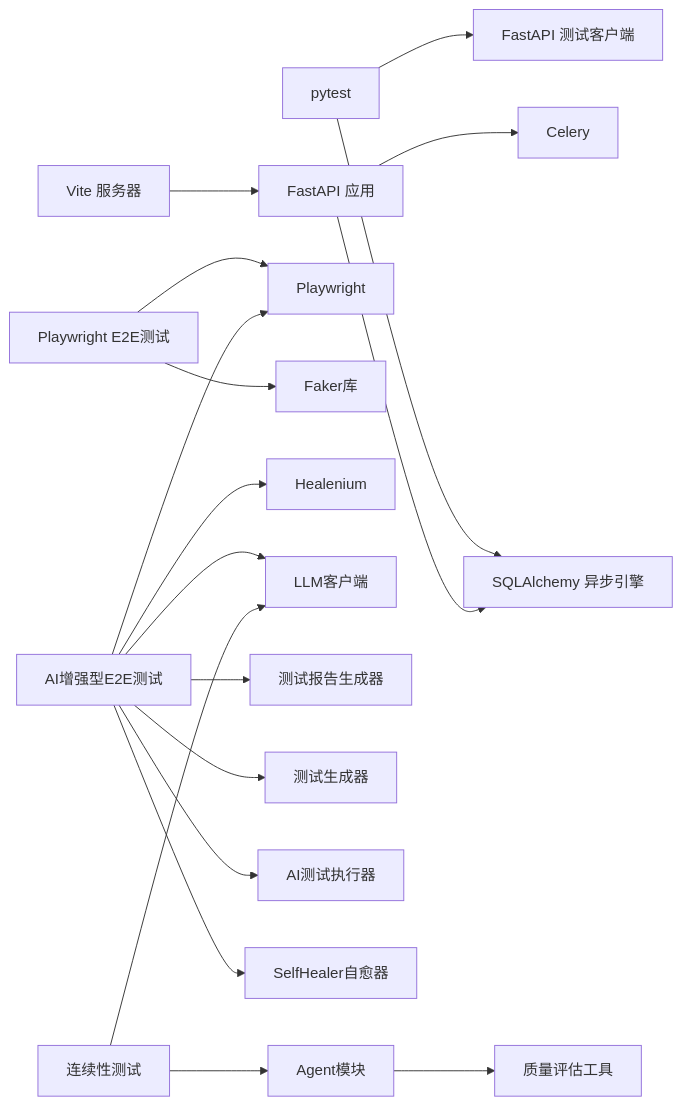
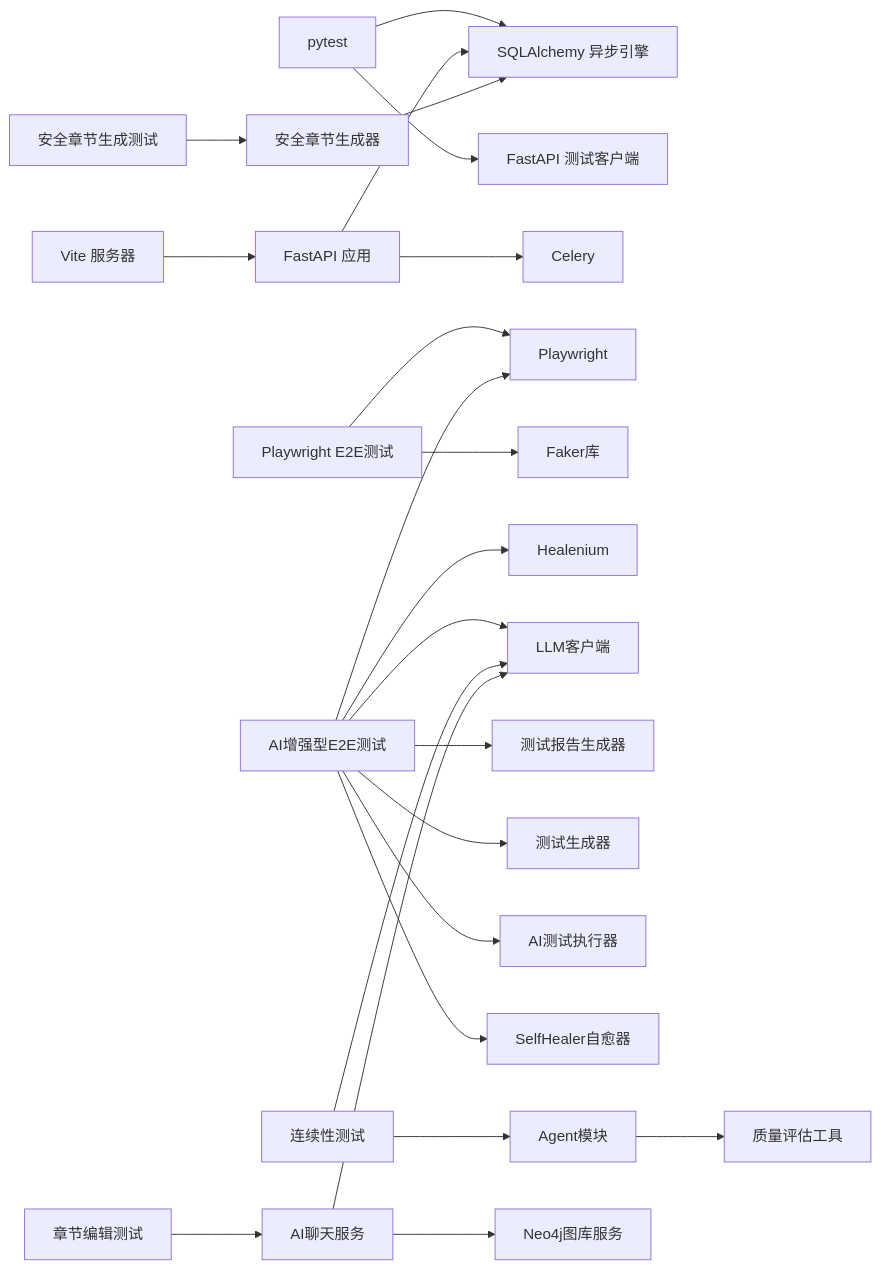
One commit to xfbyxq/ai-novel-system changed the tenth of 10 diagrams in .qoder/repowiki/zh/content/测试策略/测试策略.md. Above: the diagram before and after it, drawn with Mermaid. The commit also changed other lines of this file and 13 other files, not shown here.

````diff
--- a/.qoder/repowiki/zh/content/测试策略/测试策略.md
+++ b/.qoder/repowiki/zh/content/测试策略/测试策略.md
@@ -590,20 +748,25 @@
 ```mermaid
 graph LR
 PY["pytest"] --> DB["SQLAlchemy 异步引擎"]
 PY --> HTTP["FastAPI 测试客户端"]
 VITE["Vite 服务器"] --> BE["FastAPI 应用"]
 BE --> DB
 BE --> CEL["Celery"]
 E2E["Playwright E2E测试"] --> PW["Playwright"]
 E2E --> FAKE["Faker库"]
 AI_E2E["AI增强型E2E测试"] --> PW
 AI_E2E --> HL["Healenium"]
 AI_E2E --> LLM["LLM客户端"]
 AI_E2E --> REPORT["测试报告生成器"]
 AI_E2E --> GEN["测试生成器"]
 AI_E2E --> EXEC["AI测试执行器"]
 AI_E2E --> HEAL["SelfHealer自愈器"]
 CONTINUITY["连续性测试"] --> AGENTS["Agent模块"]
 CONTINUITY --> LLM
 AGENTS --> QUALITY["质量评估工具"]
+AICHAT["AI聊天服务"] --> NEO4J["Neo4j图库服务"]
+AICHAT --> LLM
+SAFE_GEN["安全章节生成器"] --> DB
+CHAPTER_TESTS["章节编辑测试"] --> AICHAT
+SAFE_GEN_TESTS["安全章节生成测试"] --> SAFE_GEN
 ```
````
